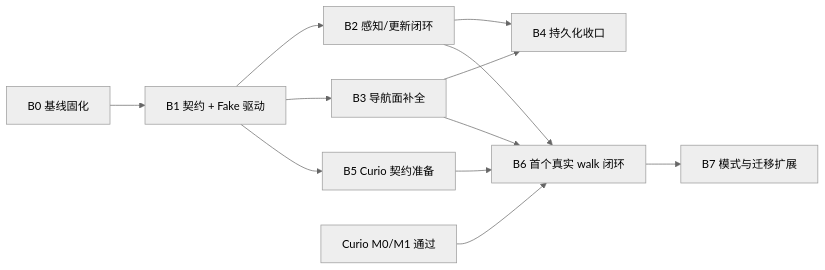
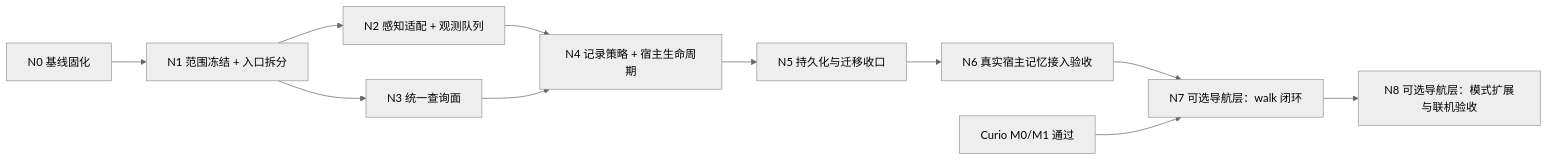
One commit to LudensAgent/curio-minecraft-3d-memory changed the diagram in docs/implementation-audit-0.10.0.md. Above: the diagram before and after it, drawn with Mermaid (neutral theme). The commit also changed other lines of this file, not shown here.

````diff
--- a/docs/implementation-audit-0.10.0.md
+++ b/docs/implementation-audit-0.10.0.md
@@ -259,14 +311,13 @@
 ```mermaid
 flowchart LR
-    B0[B0 基线固化] --> B1[B1 契约 + Fake 驱动]
-    B1 --> B2[B2 感知/更新闭环]
-    B1 --> B3[B3 导航面补全]
-    B2 --> B4[B4 持久化收口]
-    B3 --> B4
-    B1 --> B5[B5 Curio 契约准备]
-    CURIO[Curio M0/M1 通过] --> B6[B6 首个真实 walk 闭环]
-    B2 --> B6
-    B3 --> B6
-    B5 --> B6
-    B6 --> B7[B7 模式与迁移扩展]
+    N0[N0 基线固化] --> N1[N1 范围冻结 + 入口拆分]
+    N1 --> N2[N2 感知适配 + 观测队列]
+    N1 --> N3[N3 统一查询面]
+    N2 --> N4[N4 记录策略 + 宿主生命周期]
+    N3 --> N4
+    N4 --> N5[N5 持久化与迁移收口]
+    N5 --> N6[N6 真实宿主记忆接入验收]
+    N6 --> N7[N7 可选导航层：walk 闭环]
+    CURIO[Curio M0/M1 通过] --> N7
+    N7 --> N8[N8 可选导航层：模式扩展与联机验收]
 ```
````
